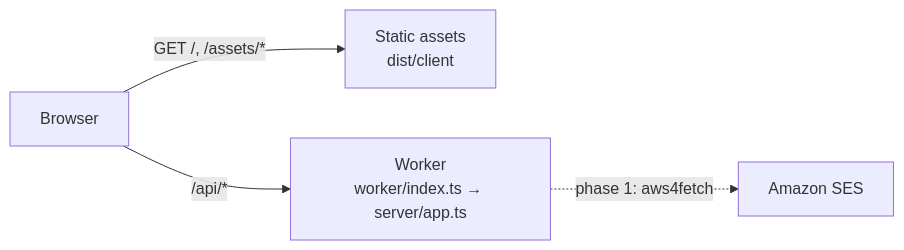
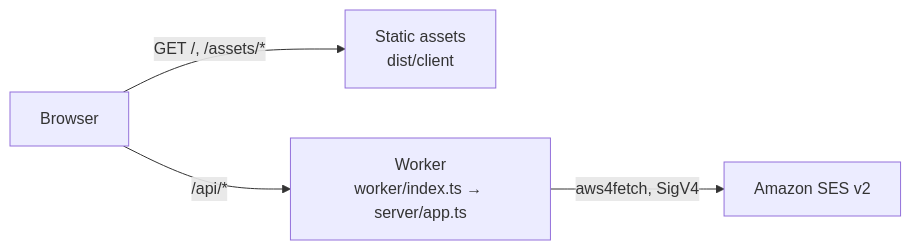
The diagram in docs/DEPLOYMENT.md (Jericho0912/email-template-studio), drawn with Mermaid before and after one commit. The commit also changed other lines of this file and 16 other files, not shown here.

````diff
--- a/docs/DEPLOYMENT.md
+++ b/docs/DEPLOYMENT.md
@@ -26,6 +26,6 @@
 ```mermaid
 flowchart LR
   B[Browser] -->|"GET /, /assets/*"| A[Static assets<br/>dist/client]
   B -->|"/api/*"| W["Worker<br/>worker/index.ts → server/app.ts"]
-  W -.->|"phase 1: aws4fetch"| SES[Amazon SES]
+  W -->|"aws4fetch, SigV4"| SES[Amazon SES v2]
 ```
````
